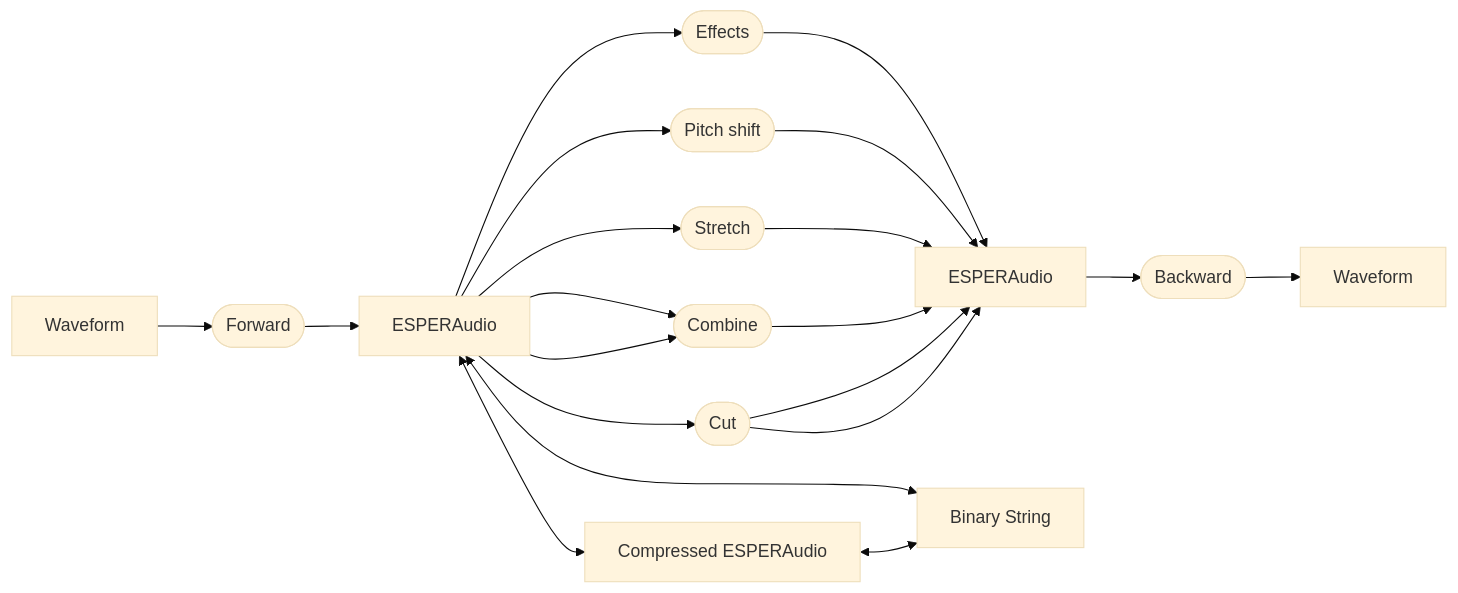
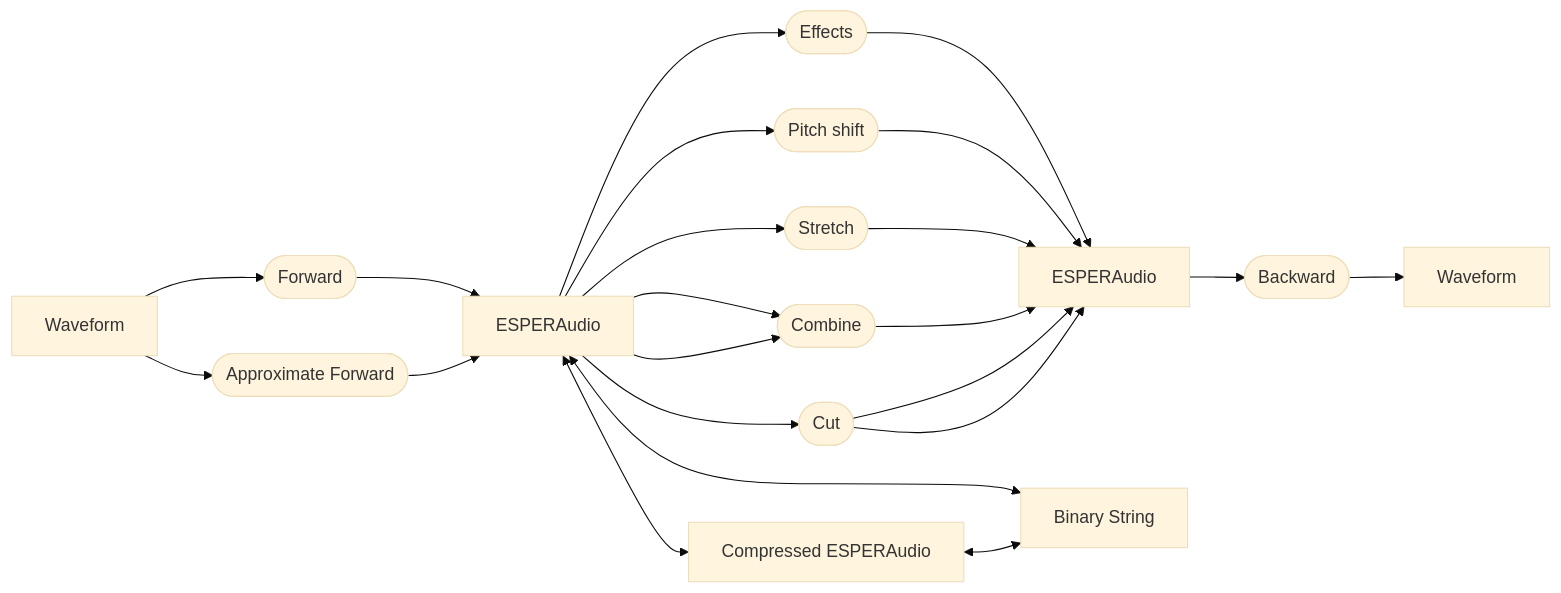
One commit to CdrSonan/libESPER-V2 changed the diagram in README.md. Above: the diagram before and after it, drawn with Mermaid (base theme).

````diff
--- a/README.md
+++ b/README.md
@@ -16,28 +16,30 @@
 ```mermaid
 graph LR;
     W1[Waveform]-->F([Forward]);
     F-->E1[ESPERAudio]
+    W1[Waveform]-->Fa([Approximate Forward]);
+    Fa-->E1[ESPERAudio]
     E2[ESPERAudio]-->B([Backward]);
     B-->W2[Waveform];
 
     E1<-->Cmp[Compressed ESPERAudio];
     E1<-->Bin[Binary String];
     Cmp<-->Bin;
     
     E1-->Fx([Effects]);
     Fx-->E2;
 
     E1-->Ps([Pitch shift]);
     Ps-->E2;
 
     E1-->St([Stretch]);
     St-->E2;
 
     E1-->Cmb([Combine]);
     E1-->Cmb;
     Cmb-->E2;
 
     E1-->Cut([Cut]);
     Cut-->E2;
     Cut-->E2;
 ```
````
